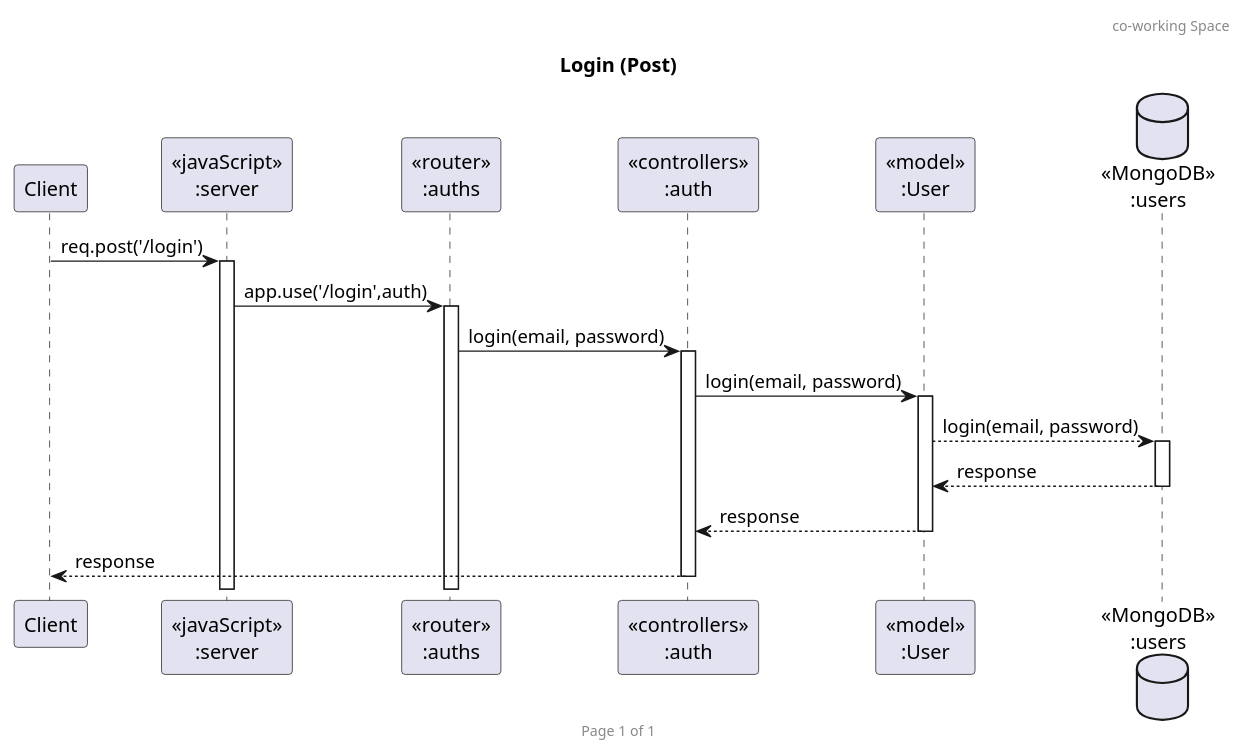
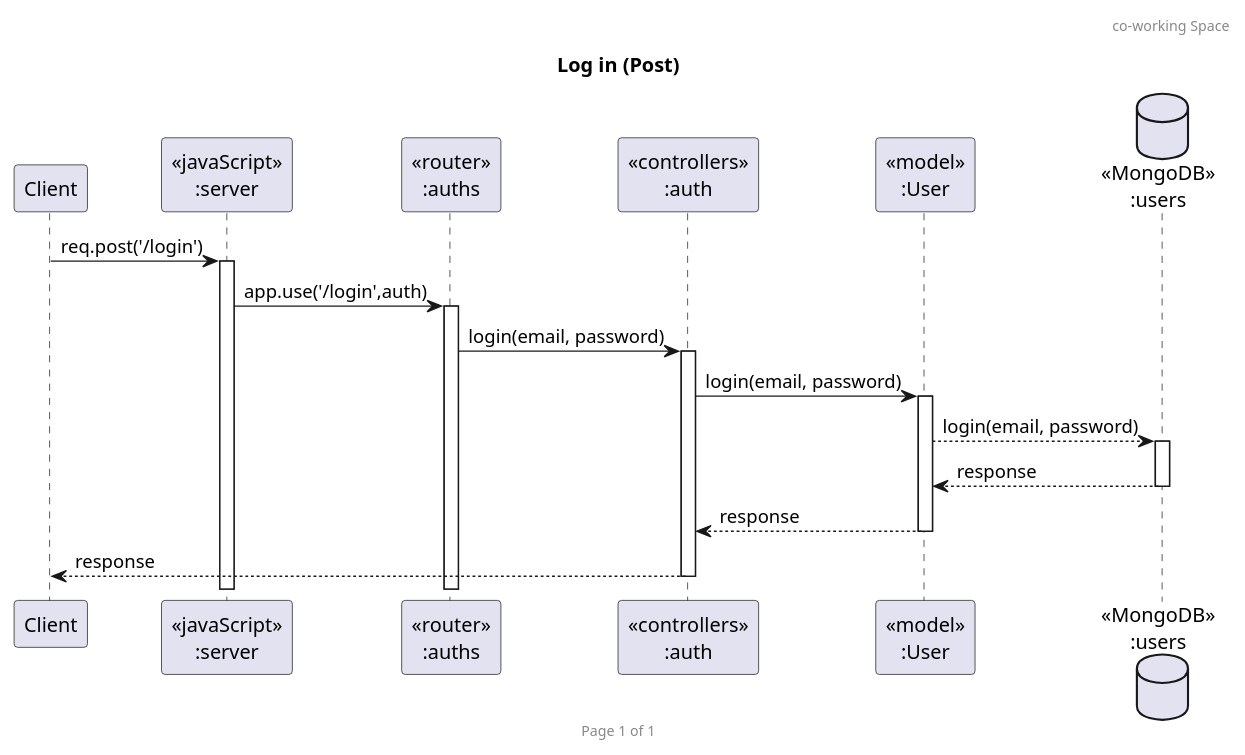
One commit to GavinITP/co-working-space-reservation changed the diagram in uml/coWorking_login.puml. Above: the diagram before and after it, drawn with PlantUML. The commit also changed 1 other file, not shown here.

```diff
--- a/uml/coWorking_login.puml
+++ b/uml/coWorking_login.puml
@@ -1,26 +1,26 @@
 @startuml Login to the system (Post)
 
 header co-working Space 
 footer Page %page% of %lastpage%
-title "Login (Post)"
+title "Log in (Post)"
 
 participant "Client" as client
 participant "<<javaScript>>\n:server" as server
 participant "<<router>>\n:auths" as routerAuth
 participant "<<controllers>>\n:auth" as controllersAuths
 ' participant "<<middleware>>\n:auth" as middleware
 participant "<<model>>\n:User" as modelUser  
 database "<<MongoDB>>\n:users" as UserDatabase
 
 client->server ++:req.post('/login')
 server->routerAuth ++:app.use('/login',auth)
 routerAuth -> controllersAuths ++:login(email, password)
 controllersAuths -> modelUser ++: login(email, password)
 ' controllersAuths -> UserDatabase ++: validate email
 ' UserDatabase -> controllersAuths ++: return validation result
 modelUser -->  UserDatabase ++:login(email, password)
 UserDatabase --> modelUser --:response
 modelUser --> controllersAuths --:response
 controllersAuths --> client --:response
 
 @enduml
```
